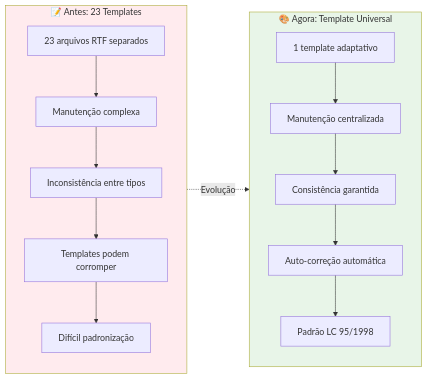
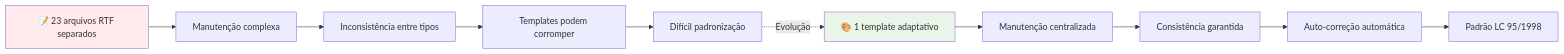
One commit to rangelbruno/legisinc-v3 changed diagram 19 of 19 in docs/FLUXO-PROPOSICOES-MERMAID.md. Above: the diagram before and after it, drawn with Mermaid. The commit also changed other lines of this file and 21 other files, not shown here.

Commit message:
docs(architecture): add complete system architecture and operational flow diagrams

````diff
--- a/docs/FLUXO-PROPOSICOES-MERMAID.md
+++ b/docs/FLUXO-PROPOSICOES-MERMAID.md
@@ -796,27 +777,23 @@
 ```mermaid
-flowchart LR
-    subgraph Antes["📝 Antes: 23 Templates"]
-        A1[23 arquivos RTF separados]
-        A2[Manutenção complexa]
-        A3[Inconsistência entre tipos]
-        A4[Templates podem corromper]
-        A5[Difícil padronização]
-        
-        A1 --> A2 --> A3 --> A4 --> A5
-    end
-    
-    subgraph Agora["🎨 Agora: Template Universal"]
-        B1[1 template adaptativo]
-        B2[Manutenção centralizada]
-        B3[Consistência garantida]
-        B4[Auto-correção automática]
-        B5[Padrão LC 95/1998]
-        
-        B1 --> B2 --> B3 --> B4 --> B5
-    end
-    
-    Antes -.->|Evolução| Agora
-    
-    style Antes fill:#ffebee
-    style Agora fill:#e8f5e8
+graph LR
+    %% Antes: 23 Templates
+    A1[📝 23 arquivos RTF separados]
+    A2[Manutenção complexa]
+    A3[Inconsistência entre tipos]
+    A4[Templates podem corromper]
+    A5[Difícil padronização]
+
+    %% Agora: Template Universal
+    B1[🎨 1 template adaptativo]
+    B2[Manutenção centralizada]
+    B3[Consistência garantida]
+    B4[Auto-correção automática]
+    B5[Padrão LC 95/1998]
+
+    A1 --> A2 --> A3 --> A4 --> A5
+    B1 --> B2 --> B3 --> B4 --> B5
+    A5 -.->|Evolução| B1
+
+    style A1 fill:#ffebee
+    style B1 fill:#e8f5e8
 ```
````
